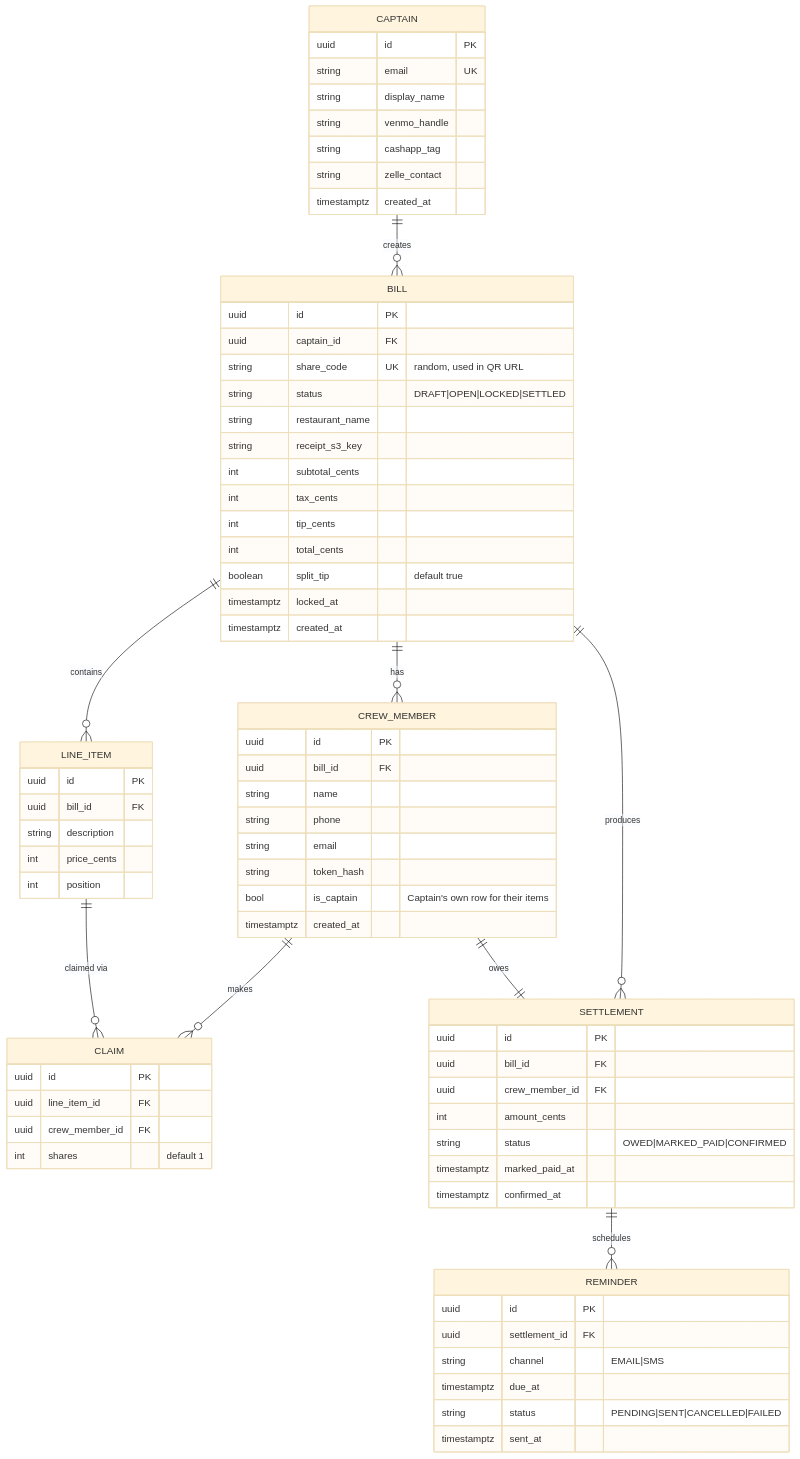
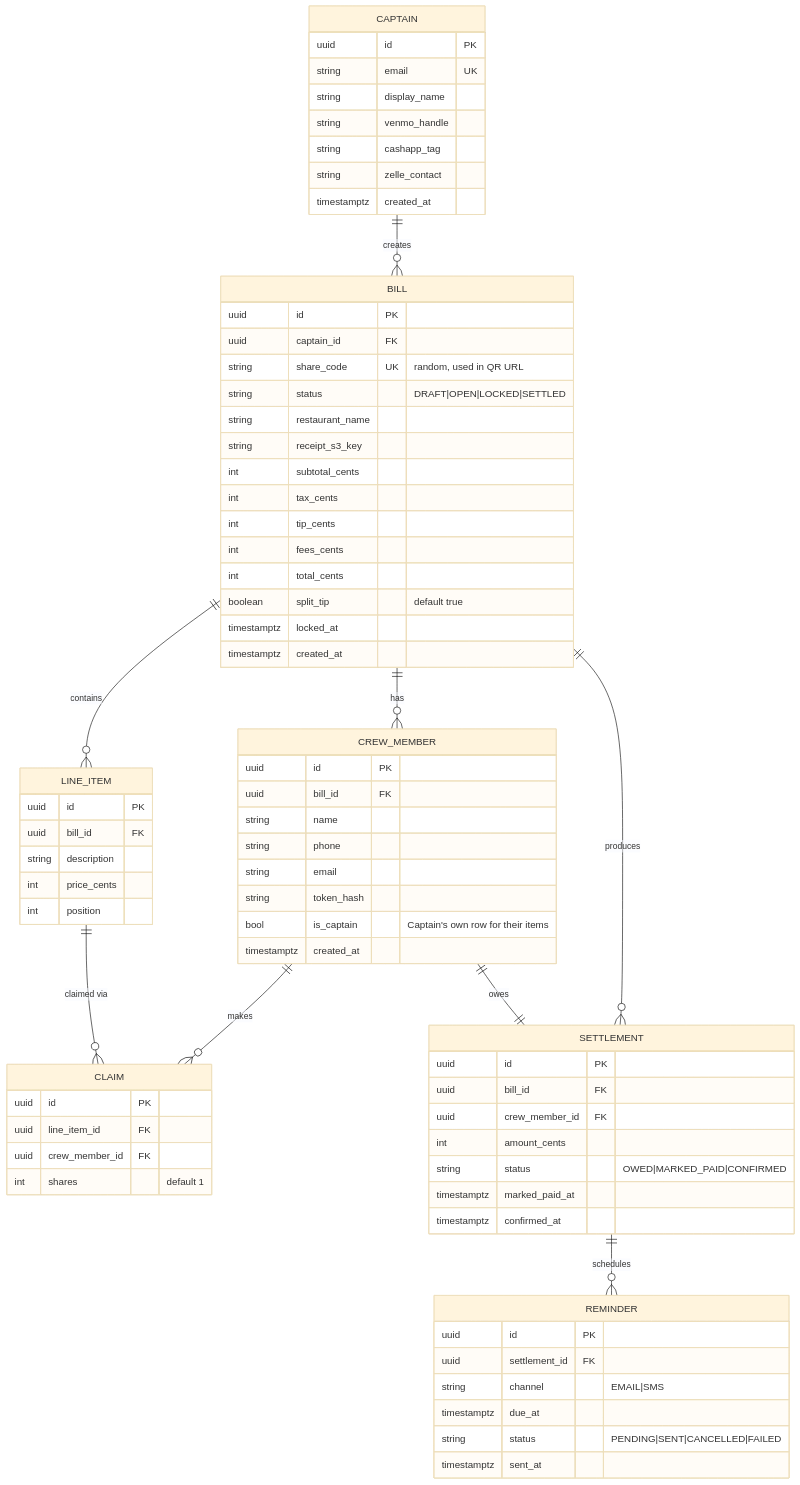
One commit to bhenry245/dibs changed the fifth of 5 diagrams in docs/design.md. Above: the diagram before and after it, drawn with Mermaid (base theme). The commit also changed other lines of this file and 30 other files, not shown here.

````diff
--- a/docs/design.md
+++ b/docs/design.md
@@ -261,76 +263,77 @@
 ```mermaid
 erDiagram
     CAPTAIN ||--o{ BILL : creates
     BILL ||--o{ LINE_ITEM : contains
     BILL ||--o{ CREW_MEMBER : has
     LINE_ITEM ||--o{ CLAIM : "claimed via"
     CREW_MEMBER ||--o{ CLAIM : makes
     BILL ||--o{ SETTLEMENT : produces
     CREW_MEMBER ||--|| SETTLEMENT : owes
     SETTLEMENT ||--o{ REMINDER : schedules
 
     CAPTAIN {
         uuid id PK
         string email UK
         string display_name
         string venmo_handle
         string cashapp_tag
         string zelle_contact
         timestamptz created_at
     }
     BILL {
         uuid id PK
         uuid captain_id FK
         string share_code UK "random, used in QR URL"
         string status "DRAFT|OPEN|LOCKED|SETTLED"
         string restaurant_name
         string receipt_s3_key
         int subtotal_cents
         int tax_cents
         int tip_cents
+        int fees_cents
         int total_cents
         boolean split_tip "default true"
         timestamptz locked_at
         timestamptz created_at
     }
     LINE_ITEM {
         uuid id PK
         uuid bill_id FK
         string description
         int price_cents
         int position
     }
     CREW_MEMBER {
         uuid id PK
         uuid bill_id FK
         string name
         string phone
         string email
         string token_hash
         bool is_captain "Captain's own row for their items"
         timestamptz created_at
     }
     CLAIM {
         uuid id PK
         uuid line_item_id FK
         uuid crew_member_id FK
         int shares "default 1"
     }
     SETTLEMENT {
         uuid id PK
         uuid bill_id FK
         uuid crew_member_id FK
         int amount_cents
         string status "OWED|MARKED_PAID|CONFIRMED"
         timestamptz marked_paid_at
         timestamptz confirmed_at
     }
     REMINDER {
         uuid id PK
         uuid settlement_id FK
         string channel "EMAIL|SMS"
         timestamptz due_at
         string status "PENDING|SENT|CANCELLED|FAILED"
         timestamptz sent_at
     }
 ```
````
